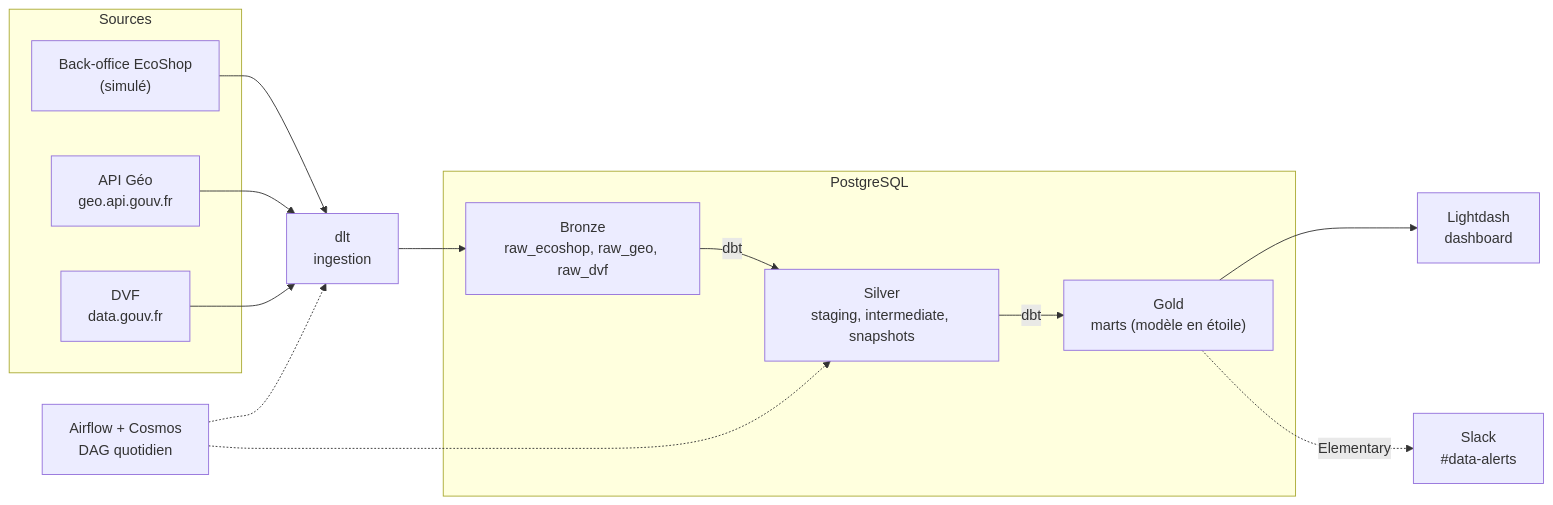
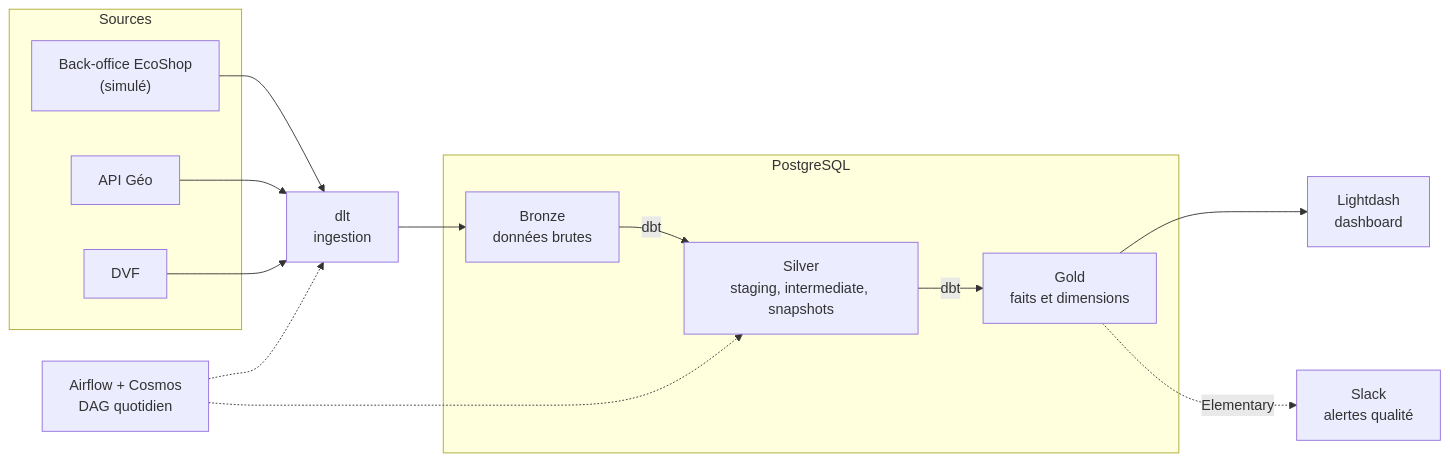
One commit to GuyMartial24/ecoshop-analytics changed the first of 3 diagrams in README.md. Above: the diagram before and after it, drawn with Mermaid. The commit also changed other lines of this file and 1 other file, not shown here.

````diff
--- a/README.md
+++ b/README.md
@@ -52,31 +49,31 @@
 ```mermaid
 flowchart LR
     subgraph sources["Sources"]
         A["Back-office EcoShop<br/>(simulé)"]
-        B["API Géo<br/>geo.api.gouv.fr"]
-        C["DVF<br/>data.gouv.fr"]
+        B["API Géo"]
+        C["DVF"]
     end
 
     D["dlt<br/>ingestion"]
 
     subgraph pg["PostgreSQL"]
-        E["Bronze<br/>raw_ecoshop, raw_geo, raw_dvf"]
+        E["Bronze<br/>données brutes"]
         F["Silver<br/>staging, intermediate, snapshots"]
-        G["Gold<br/>marts (modèle en étoile)"]
+        G["Gold<br/>faits et dimensions"]
     end
 
     H["Lightdash<br/>dashboard"]
-    I["Slack<br/>#data-alerts"]
+    I["Slack<br/>alertes qualité"]
     J["Airflow + Cosmos<br/>DAG quotidien"]
 
     A --> D
     B --> D
     C --> D
     D --> E
     E -->|dbt| F
     F -->|dbt| G
     G --> H
     G -.->|Elementary| I
     J -.-> D
     J -.-> F
 ```
````
